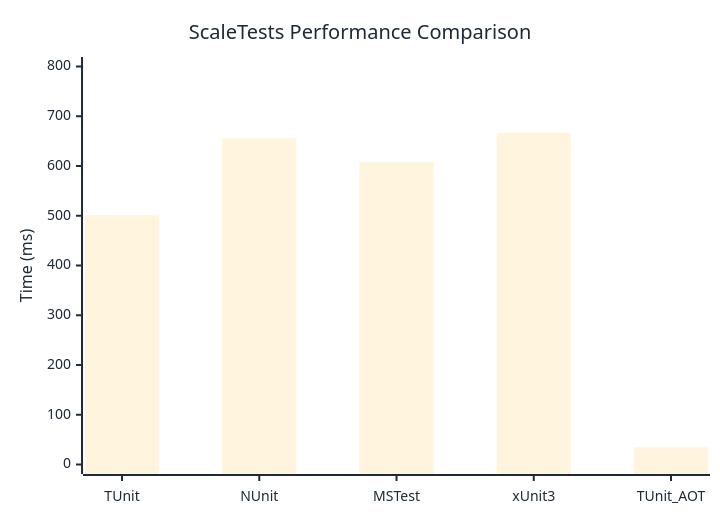
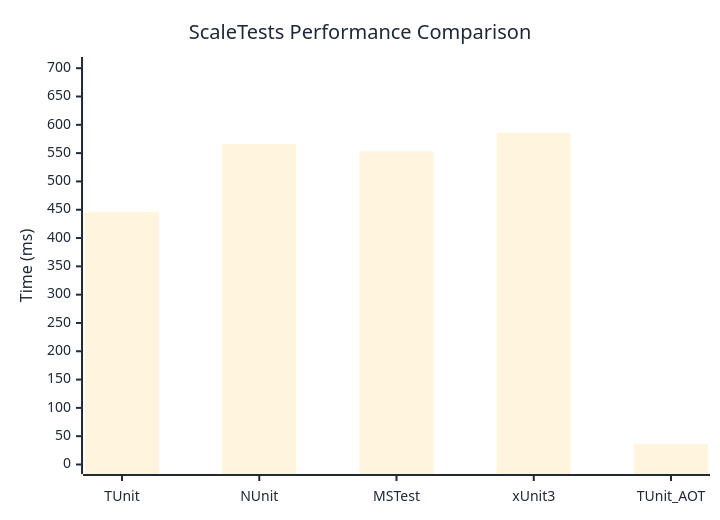
Before and after one commit to thomhurst/TUnit: the diagram in docs/docs/benchmarks/ScaleTests.md, drawn with Mermaid. The commit also changed other lines of this file and 17 other files, not shown here.

````diff
--- a/docs/docs/benchmarks/ScaleTests.md
+++ b/docs/docs/benchmarks/ScaleTests.md
@@ -27,37 +27,37 @@
 ```mermaid
 %%{init: {
   'theme':'base',
   'themeVariables': {
     'primaryColor': '#2563eb',
     'primaryTextColor': '#1f2937',
     'primaryBorderColor': '#1e40af',
     'lineColor': '#6b7280',
     'secondaryColor': '#7c3aed',
     'tertiaryColor': '#dc2626',
     'background': '#ffffff',
     'mainBkg': '#2563eb',
     'secondBkg': '#7c3aed',
     'tertiaryBkg': '#dc2626',
     'clusterBkg': '#f3f4f6',
     'edgeLabelBackground': '#ffffff',
     'tertiaryTextColor': '#1f2937',
     'pie1': '#2563eb',
     'pie2': '#7c3aed',
     'pie3': '#dc2626',
     'pie4': '#f59e0b',
     'pie5': '#10b981',
     'pie6': '#06b6d4',
     'pie7': '#ec4899',
     'pie8': '#6366f1',
     'pie9': '#84cc16',
     'pie10': '#f97316',
     'pie11': '#14b8a6',
     'pie12': '#a855f7'
   }
 }}%%
 xychart-beta
   title "ScaleTests Performance Comparison"
   x-axis ["TUnit", "NUnit", "MSTest", "xUnit3", "TUnit_AOT"]
-  y-axis "Time (ms)" 0 --> 800
-  bar [501.08, 655.4, 608.35, 666.24, 34.38]
+  y-axis "Time (ms)" 0 --> 703
+  bar [445.59, 566.13, 553.1, 585.75, 36.53]
 ```
````
